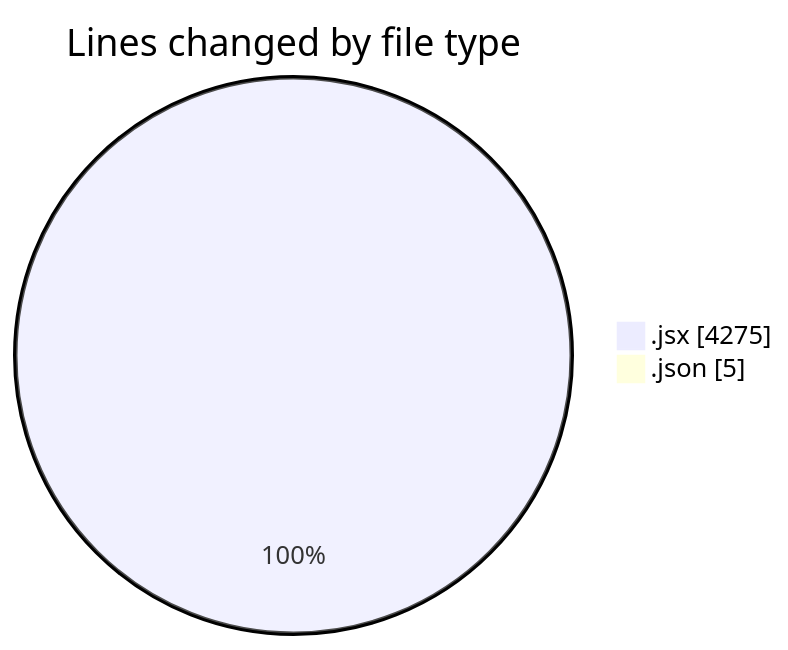
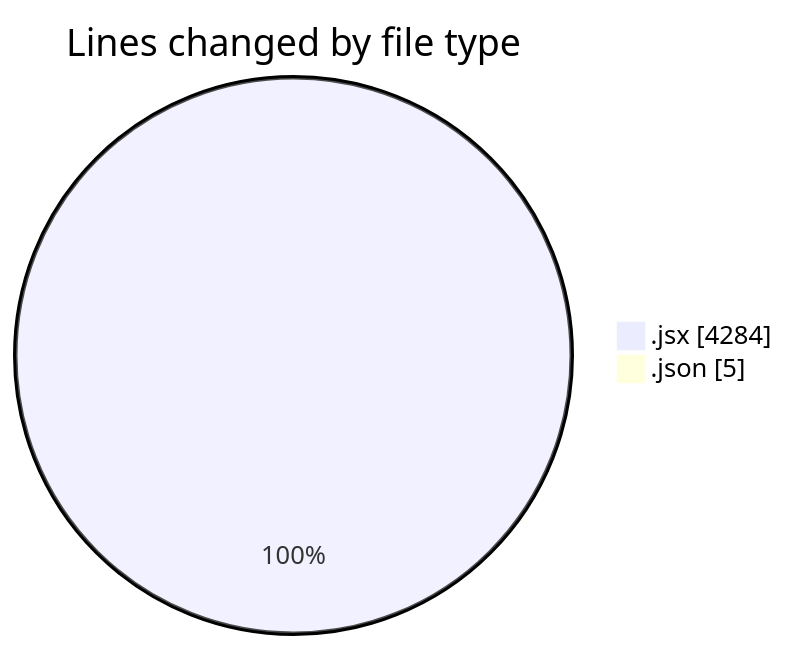
The first of 2 diagrams in 2025-11-18/nxtqube_webapp/README.md (nxtqubesakshisongat/code-tracking), drawn with Mermaid before and after one commit. The commit also changed other lines of this file and 1 other file, not shown here.

````diff
--- a/2025-11-18/nxtqube_webapp/README.md
+++ b/2025-11-18/nxtqube_webapp/README.md
@@ -25,6 +25,6 @@
 ```mermaid
 pie showData
 title Lines changed by file type
-".jsx" : 4275
+".jsx" : 4284
 ".json" : 5
 ```
````
